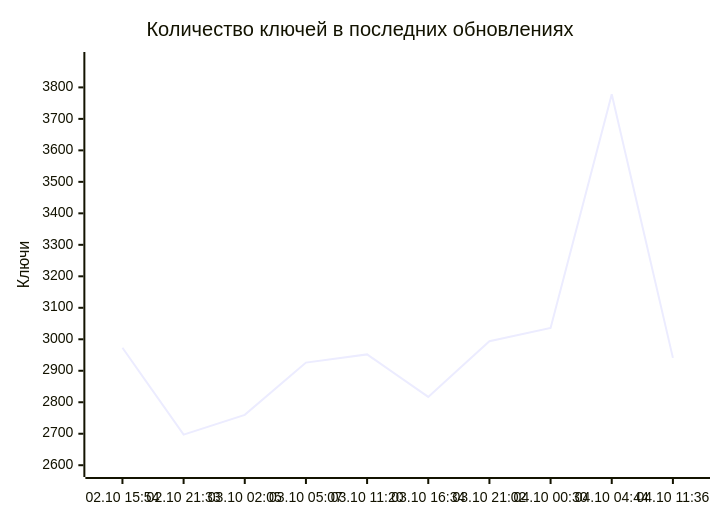
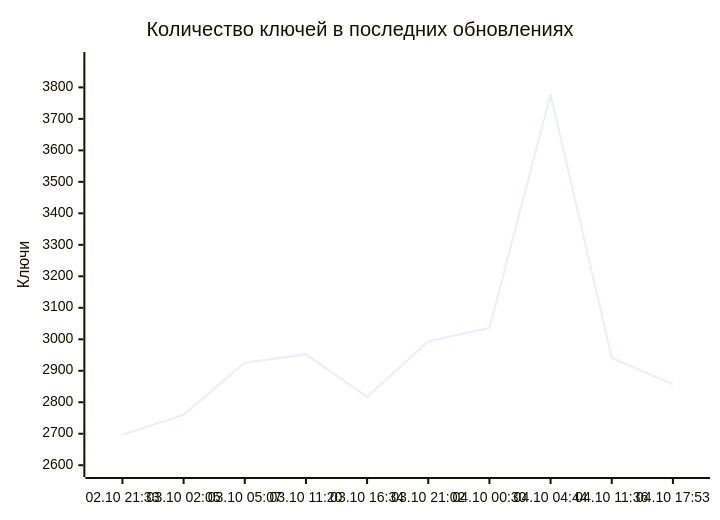
The diagram in README.md (markKikhtenko/WireVeil), drawn with Mermaid before and after one commit. The commit also changed other lines of this file and 12 other files, not shown here.

````diff
--- a/README.md
+++ b/README.md
@@ -55,7 +55,7 @@
 ```mermaid
 xychart-beta
     title "Количество ключей в последних обновлениях"
-    x-axis ["02.10 15:54", "02.10 21:33", "03.10 02:05", "03.10 05:07", "03.10 11:20", "03.10 16:34", "03.10 21:02", "04.10 00:30", "04.10 04:44", "04.10 11:36"]
+    x-axis ["02.10 21:33", "03.10 02:05", "03.10 05:07", "03.10 11:20", "03.10 16:34", "03.10 21:02", "04.10 00:30", "04.10 04:44", "04.10 11:36", "04.10 17:53"]
     y-axis "Ключи" 2588 --> 3887
-    line [2973, 2697, 2760, 2926, 2952, 2817, 2994, 3036, 3778, 2941]
+    line [2697, 2760, 2926, 2952, 2817, 2994, 3036, 3778, 2941, 2857]
 ```
````
